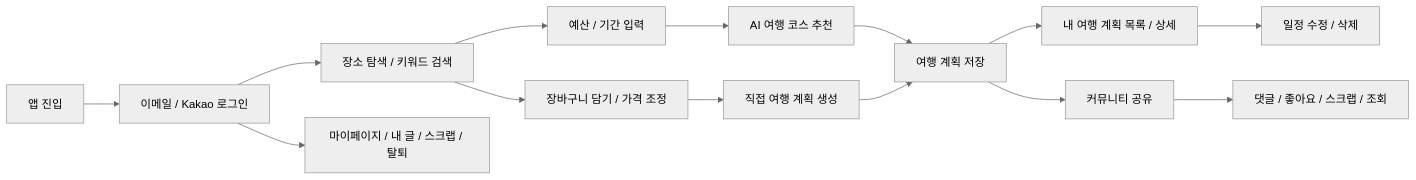
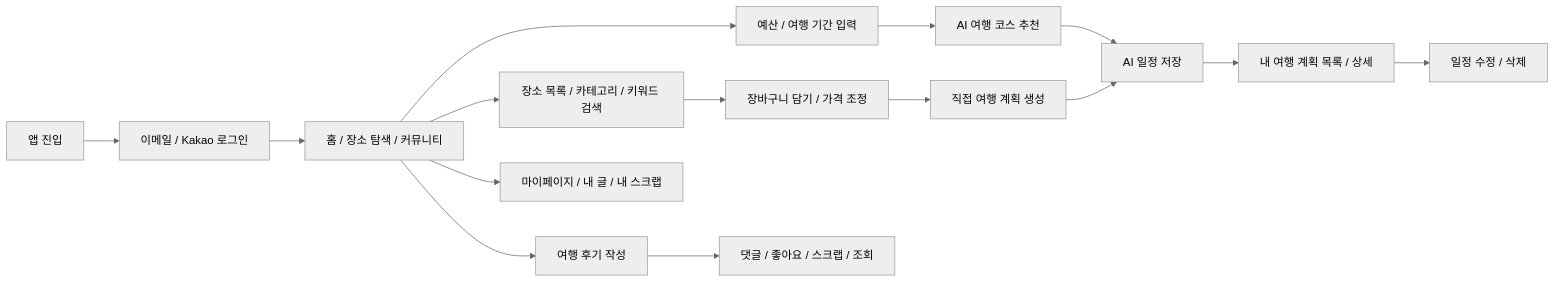
One commit to jaemin-devlog/MoneyWay changed the second of 9 diagrams in README.md. Above: the diagram before and after it, drawn with Mermaid (neutral theme). The commit also changed other lines of this file, not shown here.

````diff
--- a/README.md
+++ b/README.md
@@ -142,19 +145,21 @@
 ```mermaid
 flowchart LR
     Start["앱 진입"] --> Login["이메일 / Kakao 로그인"]
-    Login --> Search["장소 탐색 / 키워드 검색"]
-    Search --> Cart["장바구니 담기 / 가격 조정"]
+    Login --> Home["홈 / 장소 탐색 / 커뮤니티"]
 
+    Home --> PlaceSearch["장소 목록 / 카테고리 / 키워드 검색"]
+    PlaceSearch --> Cart["장바구니 담기 / 가격 조정"]
     Cart --> ManualPlan["직접 여행 계획 생성"]
-    Search --> AIRequest["예산 / 기간 입력"]
+
+    Home --> AIRequest["예산 / 여행 기간 입력"]
     AIRequest --> AIPlan["AI 여행 코스 추천"]
+    AIPlan --> SavePlan["AI 일정 저장"]
+    ManualPlan --> SavePlan
 
-    AIPlan --> SavePlan["여행 계획 저장"]
-    ManualPlan --> SavePlan
     SavePlan --> MyPlans["내 여행 계획 목록 / 상세"]
     MyPlans --> EditPlan["일정 수정 / 삭제"]
 
-    SavePlan --> Community["커뮤니티 공유"]
+    Home --> Community["여행 후기 작성"]
     Community --> Reaction["댓글 / 좋아요 / 스크랩 / 조회"]
-    Login --> MyPage["마이페이지 / 내 글 / 스크랩 / 탈퇴"]
+    Home --> MyPage["마이페이지 / 내 글 / 내 스크랩"]
 ```
````
